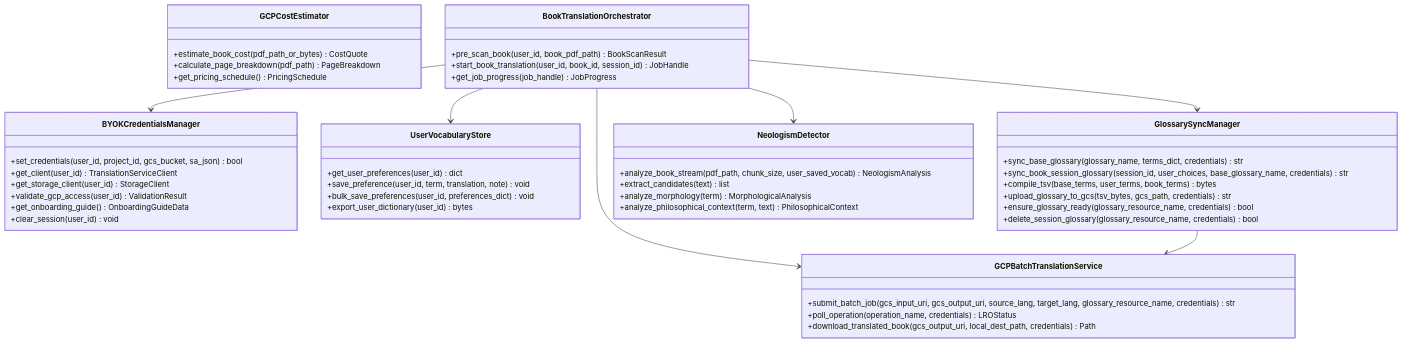
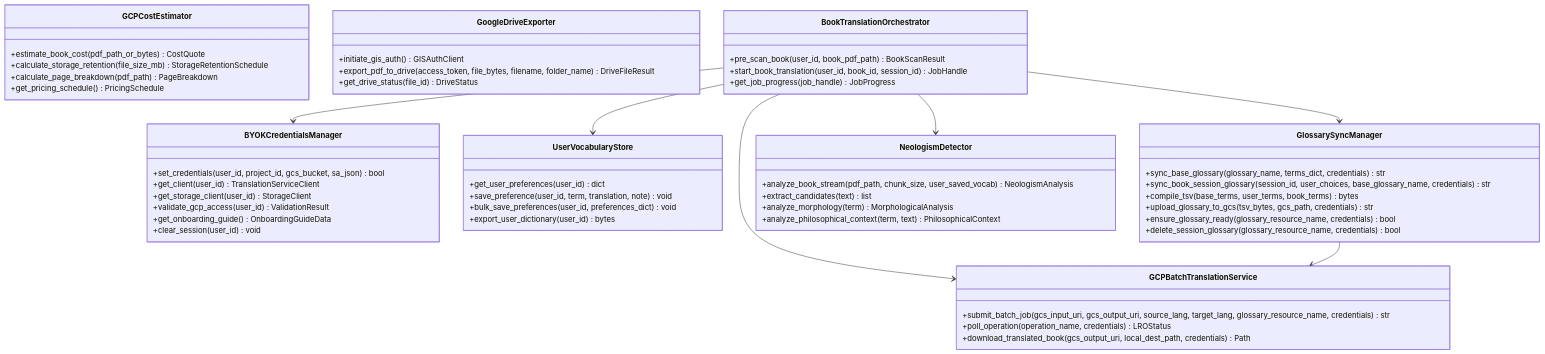
Before and after one commit to JAaron93/PhenomenalLayout: the third of 4 diagrams in spec/gcp-migration/design.md, drawn with Mermaid. The commit also changed other lines of this file and 6 other files, not shown here.

First line of the commit message:
docs(spec): add Zero Host Storage invariant, GCS retention estimator, and Google Drive GIS export

````diff
--- a/spec/gcp-migration/design.md
+++ b/spec/gcp-migration/design.md
@@ -175,59 +221,66 @@
 ```mermaid
 classDiagram
     class GCPCostEstimator {
         +estimate_book_cost(pdf_path_or_bytes) CostQuote
+        +calculate_storage_retention(file_size_mb) StorageRetentionSchedule
         +calculate_page_breakdown(pdf_path) PageBreakdown
         +get_pricing_schedule() PricingSchedule
+    }
+
+    class GoogleDriveExporter {
+        +initiate_gis_auth() GISAuthClient
+        +export_pdf_to_drive(access_token, file_bytes, filename, folder_name) DriveFileResult
+        +get_drive_status(file_id) DriveStatus
     }
 
     class BYOKCredentialsManager {
         +set_credentials(user_id, project_id, gcs_bucket, sa_json) bool
         +get_client(user_id) TranslationServiceClient
         +get_storage_client(user_id) StorageClient
         +validate_gcp_access(user_id) ValidationResult
         +get_onboarding_guide() OnboardingGuideData
         +clear_session(user_id) void
     }
 
     class UserVocabularyStore {
         +get_user_preferences(user_id) dict
         +save_preference(user_id, term, translation, note) void
         +bulk_save_preferences(user_id, preferences_dict) void
         +export_user_dictionary(user_id) bytes
     }
 
     class GCPBatchTranslationService {
         +submit_batch_job(gcs_input_uri, gcs_output_uri, source_lang, target_lang, glossary_resource_name, credentials) str
         +poll_operation(operation_name, credentials) LROStatus
         +download_translated_book(gcs_output_uri, local_dest_path, credentials) Path
     }
 
     class GlossarySyncManager {
         +sync_base_glossary(glossary_name, terms_dict, credentials) str
         +sync_book_session_glossary(session_id, user_choices, base_glossary_name, credentials) str
         +compile_tsv(base_terms, user_terms, book_terms) bytes
         +upload_glossary_to_gcs(tsv_bytes, gcs_path, credentials) str
         +ensure_glossary_ready(glossary_resource_name, credentials) bool
         +delete_session_glossary(glossary_resource_name, credentials) bool
     }
 
     class NeologismDetector {
         +analyze_book_stream(pdf_path, chunk_size, user_saved_vocab) NeologismAnalysis
         +extract_candidates(text) list
         +analyze_morphology(term) MorphologicalAnalysis
         +analyze_philosophical_context(term, text) PhilosophicalContext
     }
 
     class BookTranslationOrchestrator {
         +pre_scan_book(user_id, book_pdf_path) BookScanResult
         +start_book_translation(user_id, book_id, session_id) JobHandle
         +get_job_progress(job_handle) JobProgress
     }
 
     BookTranslationOrchestrator --> BYOKCredentialsManager
     BookTranslationOrchestrator --> UserVocabularyStore
     BookTranslationOrchestrator --> NeologismDetector
     BookTranslationOrchestrator --> GlossarySyncManager
     BookTranslationOrchestrator --> GCPBatchTranslationService
     GlossarySyncManager --> GCPBatchTranslationService
 ```
````
